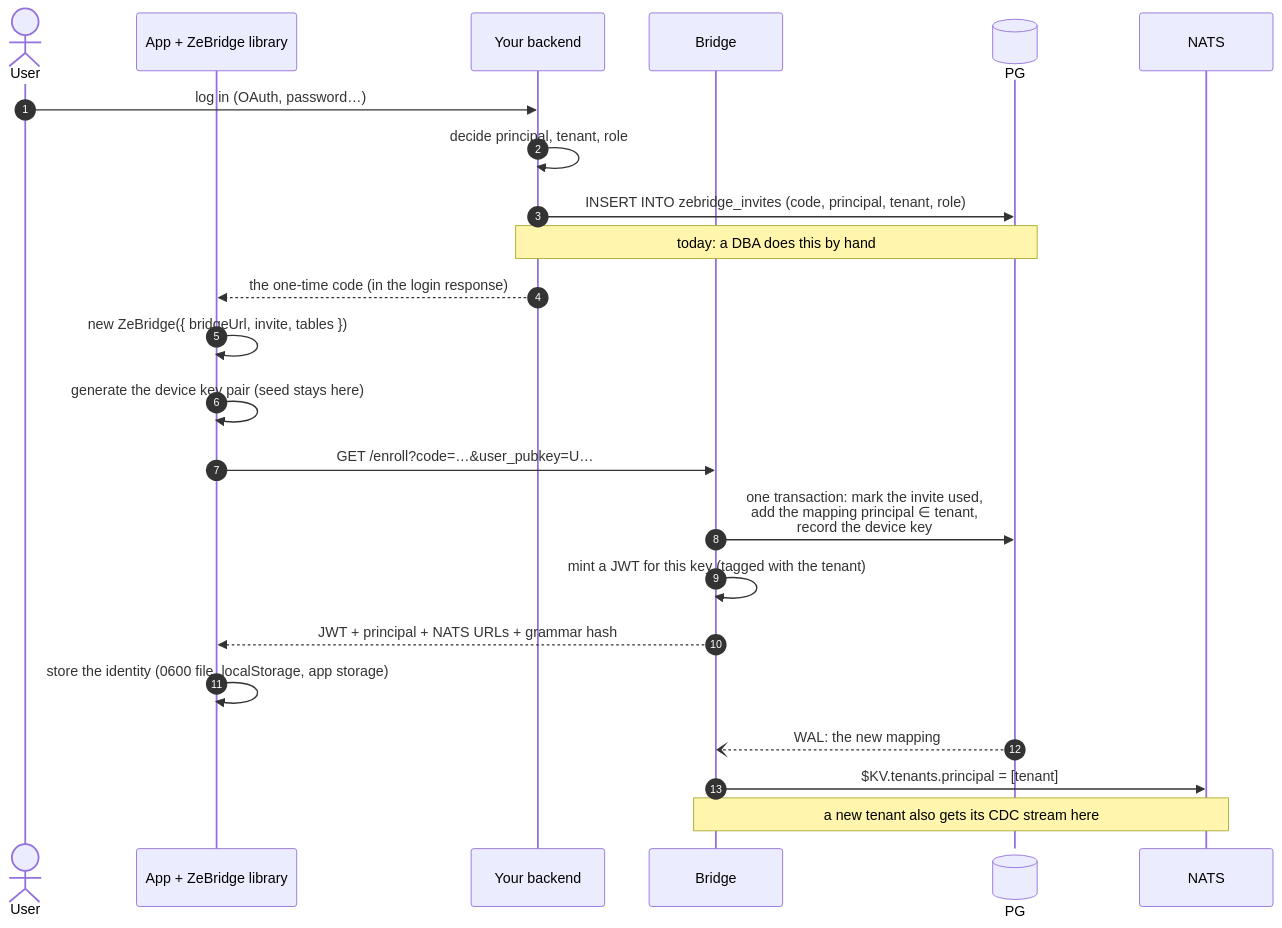
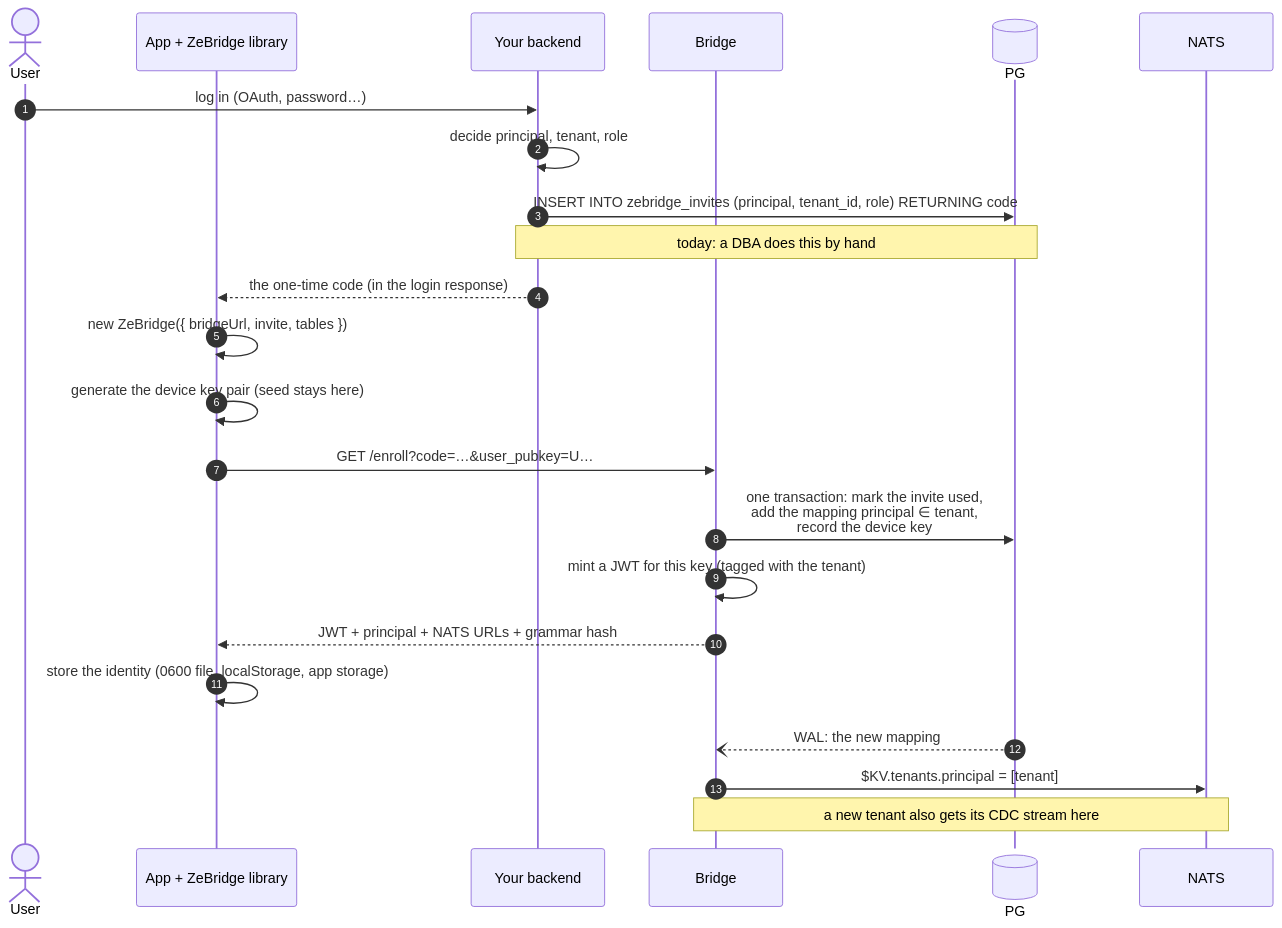
Before and after one commit to ndrean/ZeBridge: the sixth of 7 diagrams in README.md, drawn with Mermaid. The commit also changed other lines of this file and 5 other files, not shown here.

````diff
--- a/README.md
+++ b/README.md
@@ -1922,28 +1922,28 @@
 ```mermaid
 sequenceDiagram
     autonumber
     actor U as User
     participant A as App + ZeBridge library
     participant BE as Your backend
     participant B as Bridge
     participant PG@{ "type" : "database" }
     participant N as NATS
 
     U->>BE: log in (OAuth, password…)
     BE->>BE: decide principal, tenant, role
-    BE->>PG: INSERT INTO zebridge_invites (code, principal, tenant, role)
+    BE->>PG: INSERT INTO zebridge_invites (principal, tenant_id, role) RETURNING code
     Note over BE,PG: today: a DBA does this by hand
     BE-->>A: the one-time code (in the login response)
 
     A->>A: new ZeBridge({ bridgeUrl, invite, tables })
     A->>A: generate the device key pair (seed stays here)
     A->>B: GET /enroll?code=…&user_pubkey=U…
     B->>PG: one transaction: mark the invite used,<br/>add the mapping principal ∈ tenant,<br/>record the device key
     B->>B: mint a JWT for this key (tagged with the tenant)
     B-->>A: JWT + principal + NATS URLs + grammar hash
     A->>A: store the identity (0600 file, localStorage, app storage)
 
     PG--)B: WAL: the new mapping
     B->>N: $KV.tenants.principal = [tenant]
     Note over B,N: a new tenant also gets its CDC stream here
 ```
````
